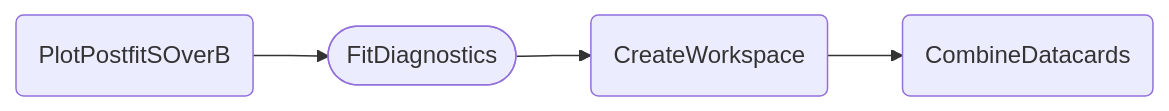
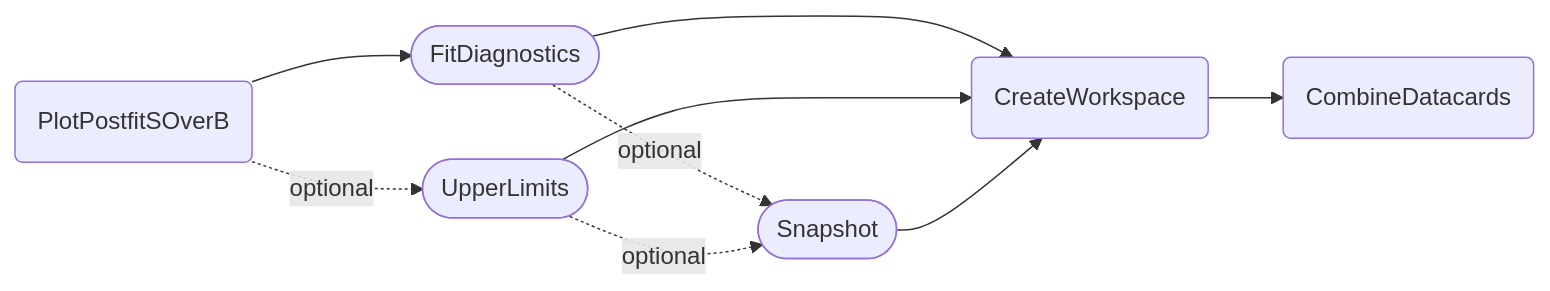
The first of 2 diagrams in docs/content/tasks/postfit.md (cms-hh/inference_tools), drawn with Mermaid before and after one commit. The commit also changed other lines of this file and 9 other files, not shown here.

````diff
--- a/docs/content/tasks/postfit.md
+++ b/docs/content/tasks/postfit.md
@@ -28,6 +28,11 @@
 ```mermaid
     graph LR;
     A(PlotPostfitSOverB) --> B([FitDiagnostics]);
-    B --> C(CreateWorkspace);
-    C --> D(CombineDatacards);
+    A -. optional .-> C([UpperLimits]);
+    B --> D(CreateWorkspace);
+    C --> D;
+    D --> E(CombineDatacards);
+    B -. optional .-> F([Snapshot]);
+    C -. optional .-> F;
+    F --> D;
 ```
````
